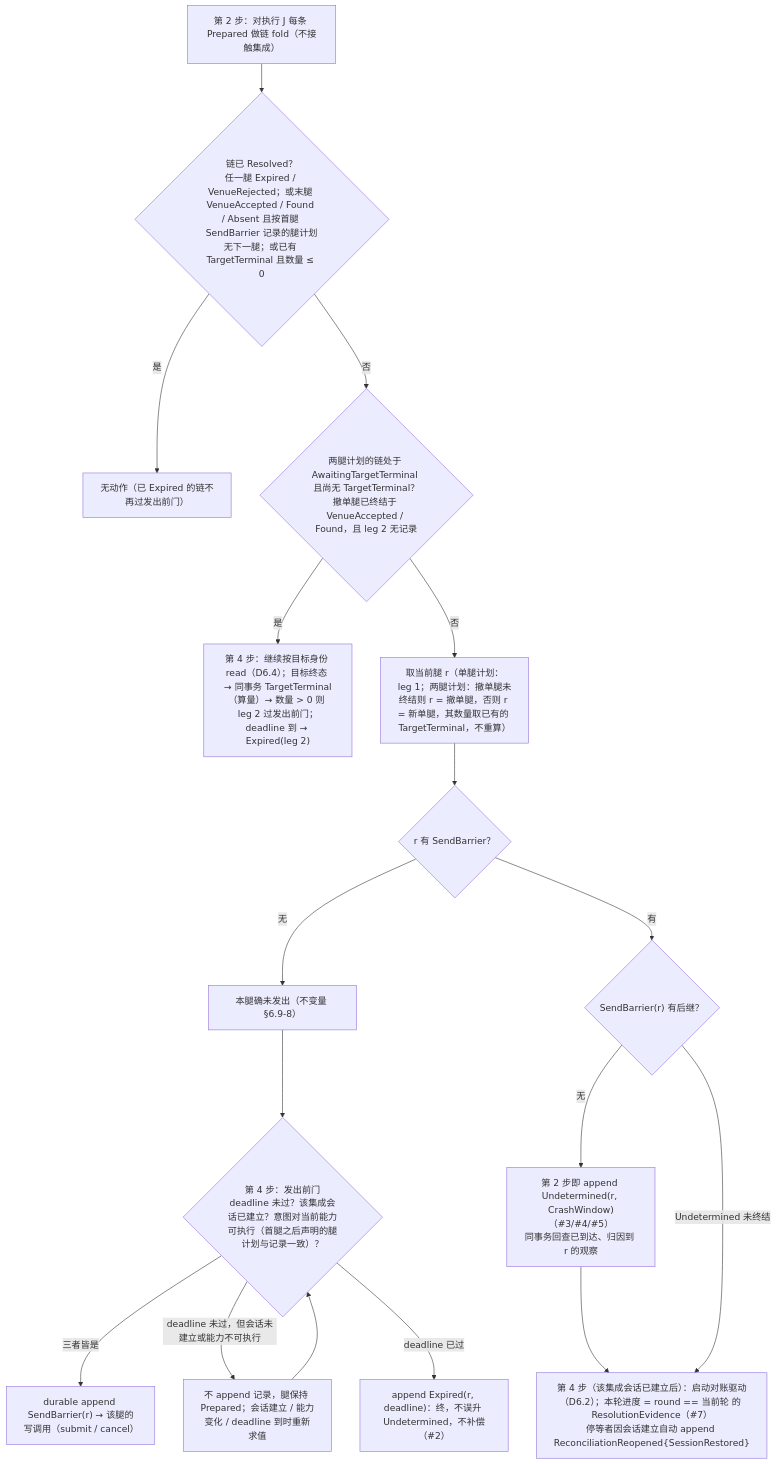
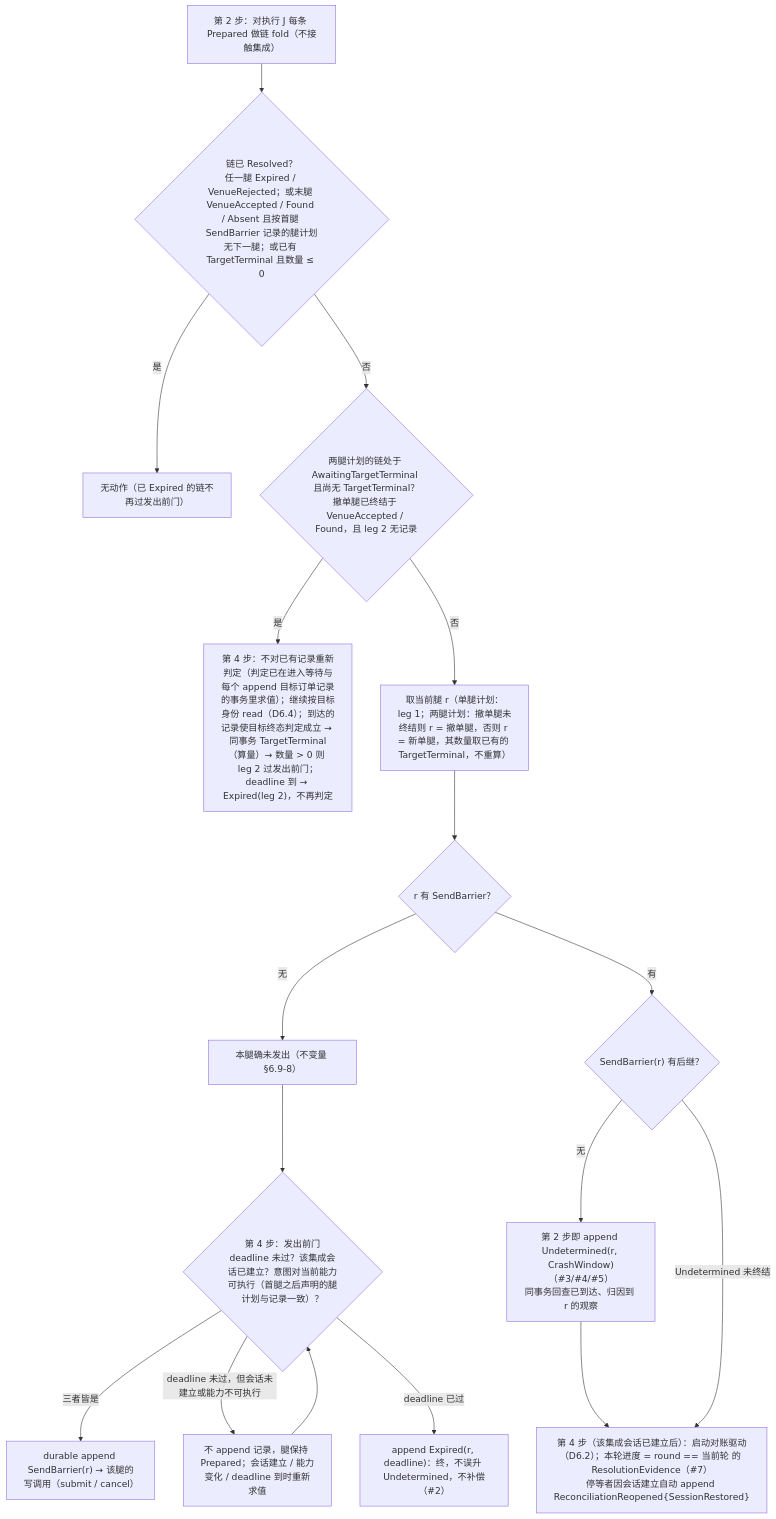
Before and after one commit to mouriya-s-lab/uta: the first of 4 diagrams in design/diagrams/07-crash-recovery.md, drawn with Mermaid. The commit also changed 8 other files, not shown here.

Commit message:
design: target-terminal judgment over committed records (identity, fixed stream set, latest-observation rule, lookback on entry, deadline first), cancel-leg Found per channel, submit anchors per OperationKind, Cancel input-constraint checks

````diff
--- a/design/diagrams/07-crash-recovery.md
+++ b/design/diagrams/07-crash-recovery.md
@@ -9,20 +9,20 @@
 ```mermaid
 flowchart TB
   START["第 2 步：对执行 J 每条 Prepared 做链 fold（不接触集成）"]
   START --> Q0{"链已 Resolved？<br/>任一腿 Expired / VenueRejected；或末腿 VenueAccepted / Found / Absent 且按首腿 SendBarrier 记录的腿计划无下一腿；或已有 TargetTerminal 且数量 ≤ 0"}
   Q0 -->|"是"| DONE["无动作（已 Expired 的链不再过发出前门）"]
   Q0 -->|"否"| Q3{"两腿计划的链处于 AwaitingTargetTerminal 且尚无 TargetTerminal？<br/>撤单腿已终结于 VenueAccepted / Found，且 leg 2 无记录"}
-  Q3 -->|"是"| ATT["第 4 步：继续按目标身份 read（D6.4）；目标终态 → 同事务 TargetTerminal（算量）→ 数量 > 0 则 leg 2 过发出前门；deadline 到 → Expired(leg 2)"]
+  Q3 -->|"是"| ATT["第 4 步：不对已有记录重新判定（判定已在进入等待与每个 append 目标订单记录的事务里求值）；继续按目标身份 read（D6.4）；到达的记录使目标终态判定成立 → 同事务 TargetTerminal（算量）→ 数量 > 0 则 leg 2 过发出前门；deadline 到 → Expired(leg 2)，不再判定"]
   Q3 -->|"否"| LEG["取当前腿 r（单腿计划：leg 1；两腿计划：撤单腿未终结则 r = 撤单腿，否则 r = 新单腿，其数量取已有的 TargetTerminal，不重算）"]
   LEG --> Q1{"r 有 SendBarrier？"}
   Q1 -->|"无"| SAFE["本腿确未发出（不变量 §6.9-8）"]
   SAFE --> G{"第 4 步：发出前门<br/>deadline 未过？该集成会话已建立？意图对当前能力可执行（首腿之后声明的腿计划与记录一致）？"}
   G -->|"三者皆是"| SEND["durable append SendBarrier(r) → 该腿的写调用（submit / cancel）"]
   G -->|"deadline 未过，但会话未建立或能力不可执行"| WAIT["不 append 记录，腿保持 Prepared；会话建立 / 能力变化 / deadline 到时重新求值"]
   WAIT --> G
   G -->|"deadline 已过"| EXP["append Expired(r, deadline)：终，不误升 Undetermined，不补偿（#2）"]
   Q1 -->|"有"| Q2{"SendBarrier(r) 有后继？"}
   Q2 -->|"无"| UD["第 2 步即 append Undetermined(r, CrashWindow)（#3/#4/#5）<br/>同事务回查已到达、归因到 r 的观察"]
   UD --> DRV["第 4 步（该集成会话已建立后）：启动对账驱动（D6.2）；本轮进度 = round == 当前轮 的 ResolutionEvidence（#7）<br/>停等者因会话建立自动 append ReconciliationReopened{SessionRestored}"]
   Q2 -->|"Undetermined 未终结"| DRV
 ```
````
